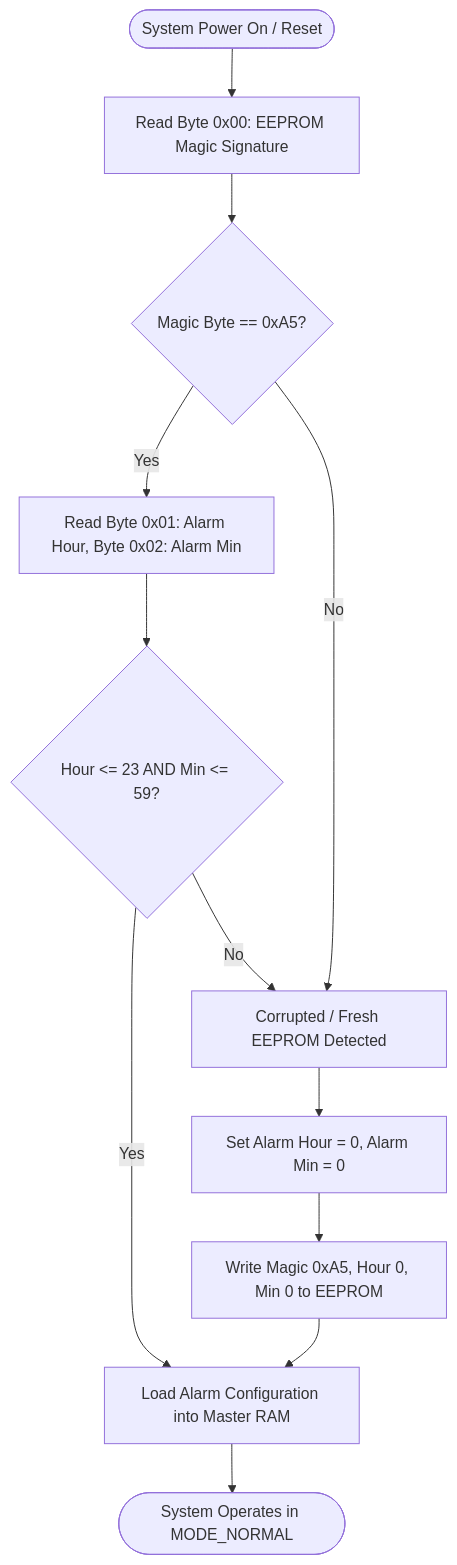
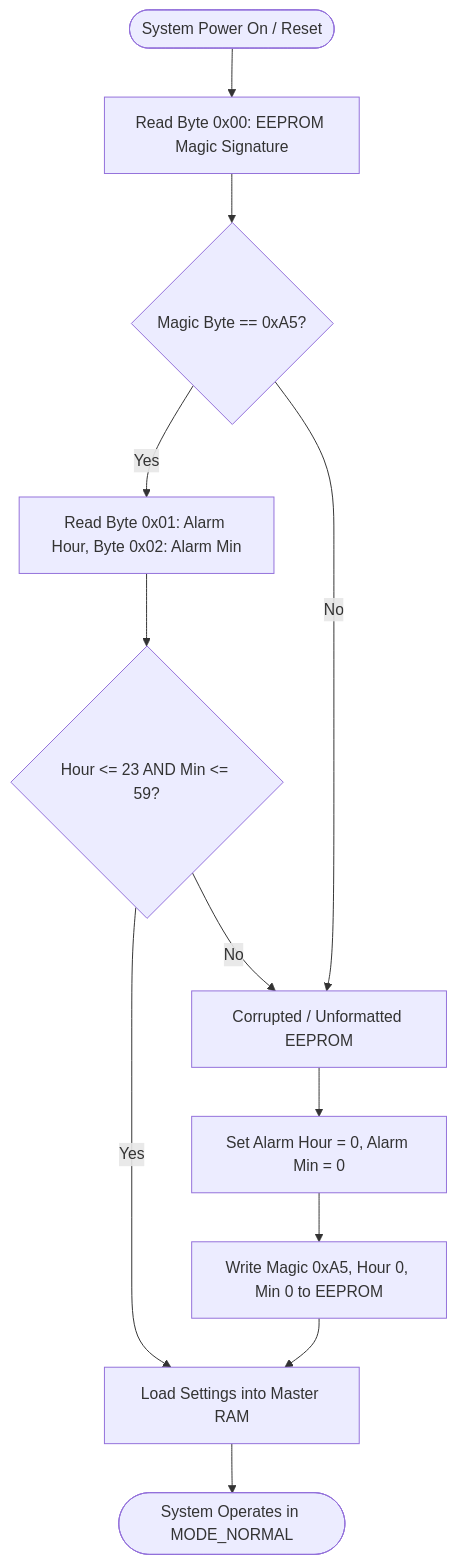
The fourth of 5 diagrams in README.md (zok213/porygon), drawn with Mermaid before and after one commit. The commit also changed other lines of this file and 1 other file, not shown here.

Commit message:
docs: Update READMEs with complete contest specifications, scoring matrix, and fixed Mermaid rendering syntax

````diff
--- a/README.md
+++ b/README.md
@@ -179,17 +164,17 @@
 ```mermaid
 flowchart TD
-    Start([System Power On / Reset]) --> ReadHeader[Read Byte 0x00: EEPROM Magic Signature]
-    ReadHeader --> CheckMagic{Magic Byte == 0xA5?}
+    Start(["System Power On / Reset"]) --> ReadHeader["Read Byte 0x00: EEPROM Magic Signature"]
+    ReadHeader --> CheckMagic{"Magic Byte == 0xA5?"}
     
-    CheckMagic -- Yes --> ReadData[Read Byte 0x01: Alarm Hour, Byte 0x02: Alarm Min]
-    CheckMagic -- No --> InitDefaults[Corrupted / Fresh EEPROM Detected]
+    CheckMagic -- Yes --> ReadData["Read Byte 0x01: Alarm Hour, Byte 0x02: Alarm Min"]
+    CheckMagic -- No --> InitDefaults["Corrupted / Unformatted EEPROM"]
     
-    ReadData --> ValidateRange{Hour <= 23 AND Min <= 59?}
-    ValidateRange -- Yes --> ApplySettings[Load Alarm Configuration into Master RAM]
+    ReadData --> ValidateRange{"Hour <= 23 AND Min <= 59?"}
+    ValidateRange -- Yes --> ApplySettings["Load Settings into Master RAM"]
     ValidateRange -- No --> InitDefaults
     
-    InitDefaults --> SetZero[Set Alarm Hour = 0, Alarm Min = 0]
-    SetZero --> WriteEEPROM[Write Magic 0xA5, Hour 0, Min 0 to EEPROM]
+    InitDefaults --> SetZero["Set Alarm Hour = 0, Alarm Min = 0"]
+    SetZero --> WriteEEPROM["Write Magic 0xA5, Hour 0, Min 0 to EEPROM"]
     WriteEEPROM --> ApplySettings
-    ApplySettings --> SystemReady([System Operates in MODE_NORMAL])
+    ApplySettings --> SystemReady(["System Operates in MODE_NORMAL"])
 ```
````
